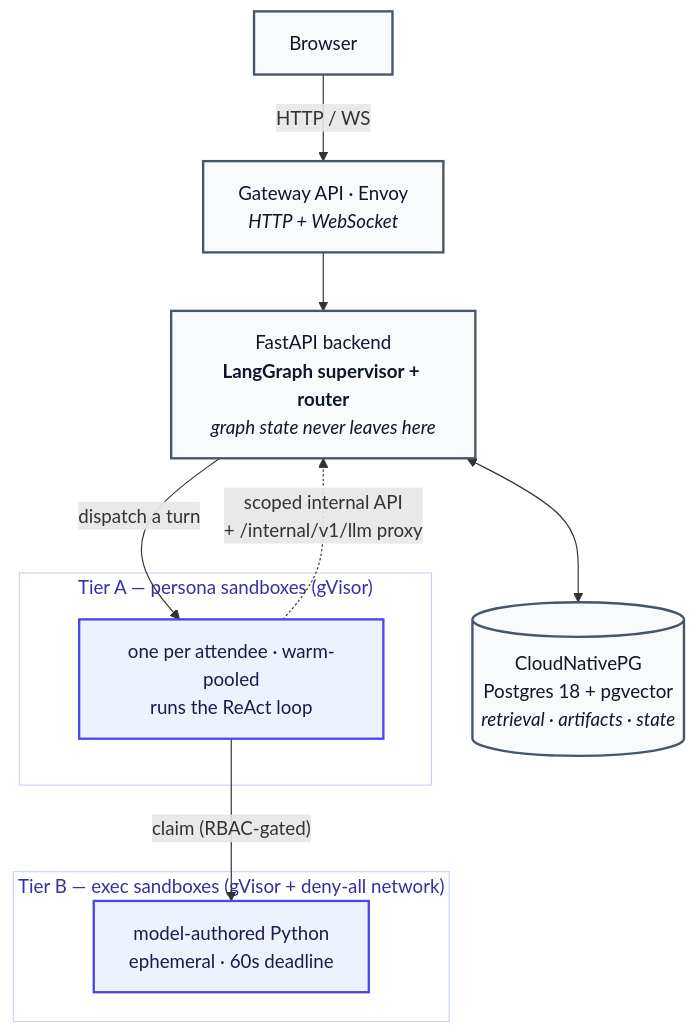
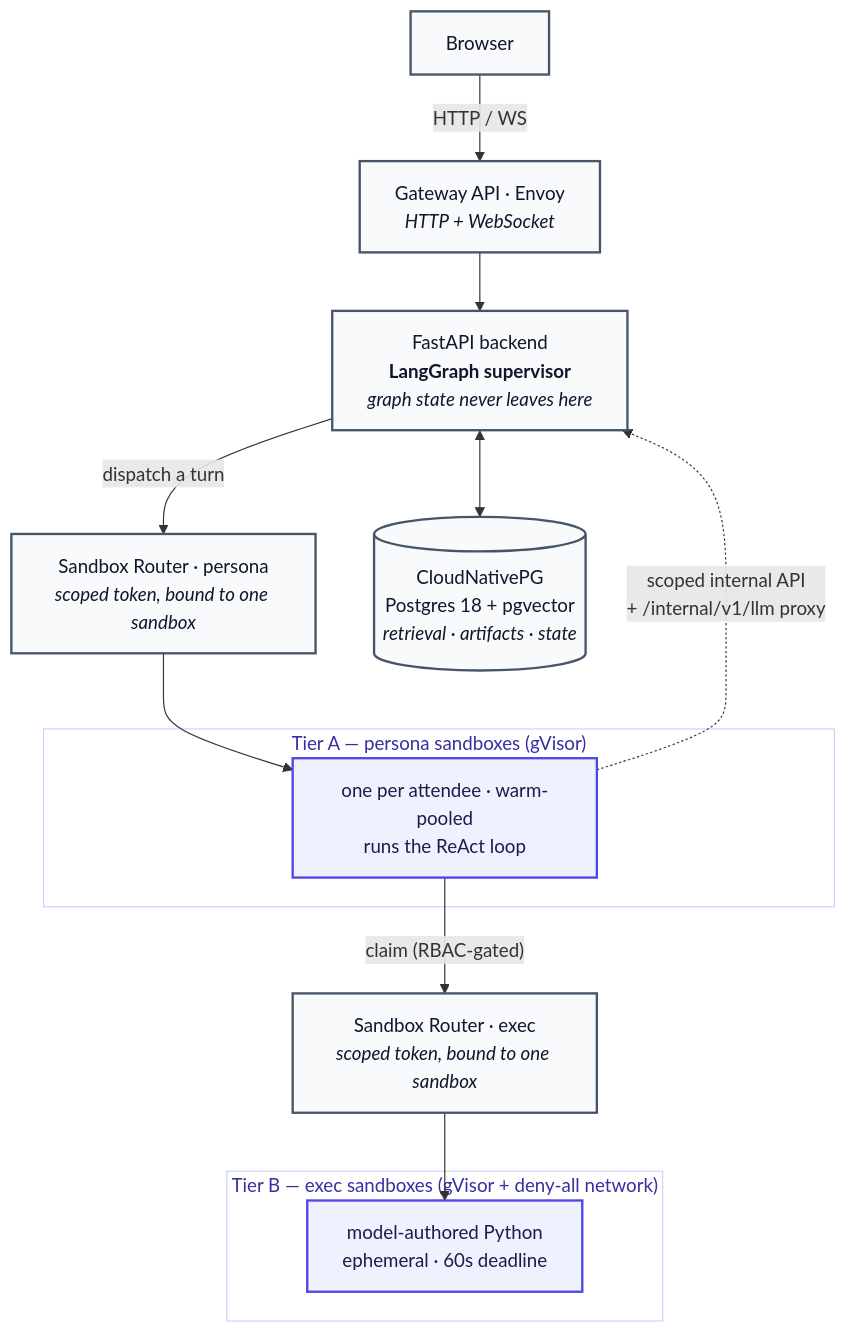
One commit to erdincka/meetings changed the diagram in README.md. Above: the diagram before and after it, drawn with Mermaid. The commit also changed other lines of this file and 53 other files, not shown here.

First line of the commit message:
Adopt Agent Sandbox v1.0.4 and put the Sandbox Router in front of every sandbox

````diff
--- a/README.md
+++ b/README.md
@@ -71,28 +73,30 @@
 ```mermaid
 flowchart TB
     browser["Browser"]
     gw["Gateway API · Envoy<br/><i>HTTP + WebSocket</i>"]
-    be["FastAPI backend<br/><b>LangGraph supervisor + router</b><br/><i>graph state never leaves here</i>"]
+    be["FastAPI backend<br/><b>LangGraph supervisor</b><br/><i>graph state never leaves here</i>"]
+    ra["Sandbox Router · persona<br/><i>scoped token, bound to one sandbox</i>"]
+    rb["Sandbox Router · exec<br/><i>scoped token, bound to one sandbox</i>"]
     db[("CloudNativePG<br/>Postgres 18 + pgvector<br/><i>retrieval · artifacts · state</i>")]
 
     subgraph tierA ["Tier A — persona sandboxes (gVisor)"]
         pa["one per attendee · warm-pooled<br/>runs the ReAct loop"]
     end
 
     subgraph tierB ["Tier B — exec sandboxes (gVisor + deny-all network)"]
         pb["model-authored Python<br/>ephemeral · 60s deadline"]
     end
 
     browser -->|HTTP / WS| gw --> be
-    be -->|dispatch a turn| pa
-    pa -->|"claim (RBAC-gated)"| pb
+    be -->|dispatch a turn| ra --> pa
+    pa -->|"claim (RBAC-gated)"| rb --> pb
     be <--> db
     pa -.->|"scoped internal API<br/>+ /internal/v1/llm proxy"| be
 
     classDef tier fill:#eef2ff,stroke:#4f46e5,stroke-width:2px,color:#1e1b4b;
     classDef core fill:#f8fafc,stroke:#475569,stroke-width:2px,color:#0f172a;
     class pa,pb tier;
-    class browser,gw,be,db core;
+    class browser,gw,be,db,ra,rb core;
     style tierA fill:#ffffff,stroke:#c7d2fe,stroke-width:1px,color:#3730a3;
     style tierB fill:#ffffff,stroke:#c7d2fe,stroke-width:1px,color:#3730a3;
 ```
````
